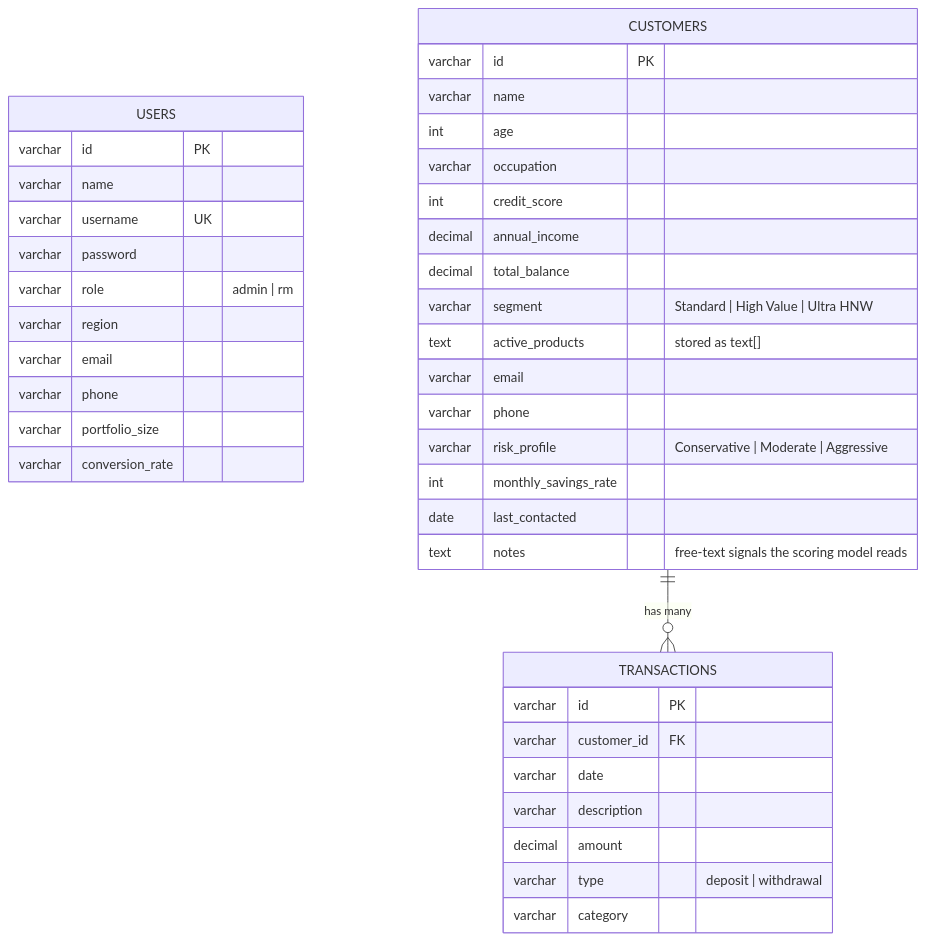
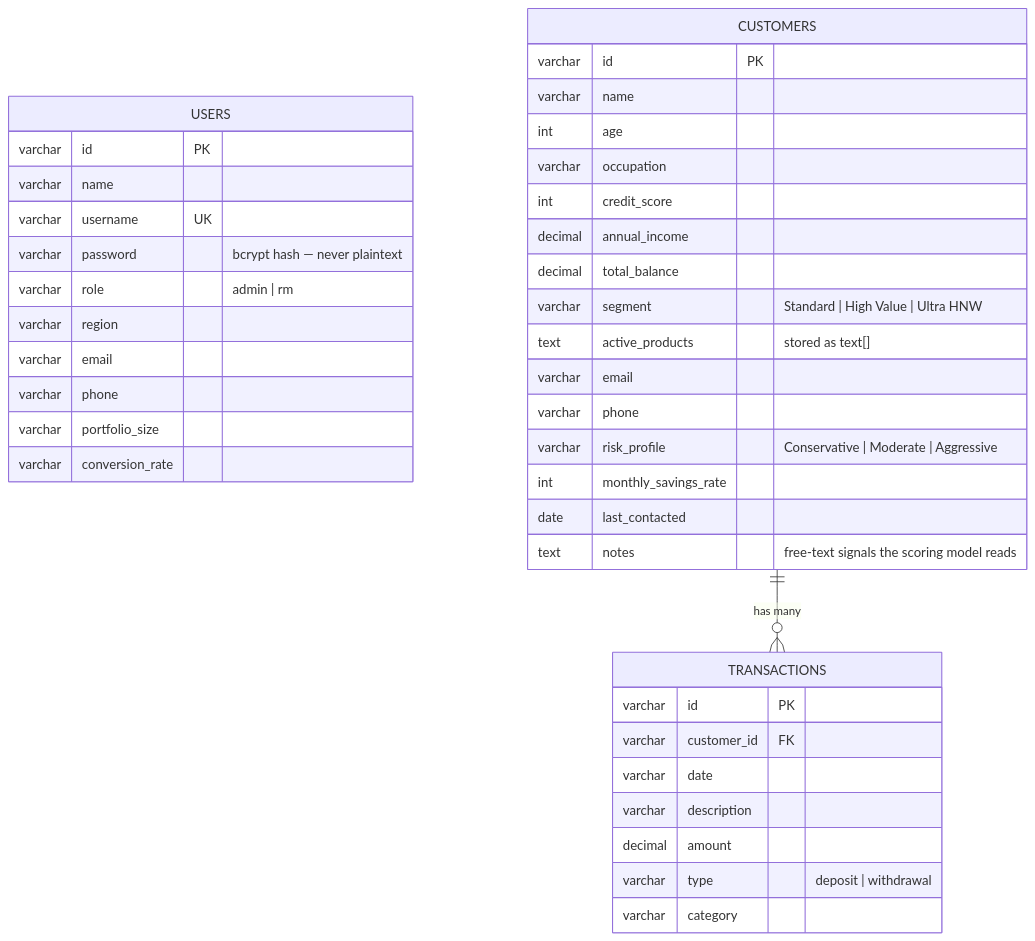
One commit to Harsh24vardhan/agentic-crm-banking changed the third of 6 diagrams in README.md. Above: the diagram before and after it, drawn with Mermaid. The commit also changed other lines of this file and 11 other files, not shown here.

First line of the commit message:
Add engine badge, bcrypt password hashing, and a shared test suite

````diff
--- a/README.md
+++ b/README.md
@@ -176,42 +176,42 @@
 ```mermaid
 erDiagram
     USERS {
         varchar id PK
         varchar name
         varchar username UK
-        varchar password
+        varchar password "bcrypt hash — never plaintext"
         varchar role "admin | rm"
         varchar region
         varchar email
         varchar phone
         varchar portfolio_size
         varchar conversion_rate
     }
     CUSTOMERS {
         varchar id PK
         varchar name
         int age
         varchar occupation
         int credit_score
         decimal annual_income
         decimal total_balance
         varchar segment "Standard | High Value | Ultra HNW"
         text active_products "stored as text[]"
         varchar email
         varchar phone
         varchar risk_profile "Conservative | Moderate | Aggressive"
         int monthly_savings_rate
         date last_contacted
         text notes "free-text signals the scoring model reads"
     }
     TRANSACTIONS {
         varchar id PK
         varchar customer_id FK
         varchar date
         varchar description
         decimal amount
         varchar type "deposit | withdrawal"
         varchar category
     }
     CUSTOMERS ||--o{ TRANSACTIONS : "has many"
 ```
````
